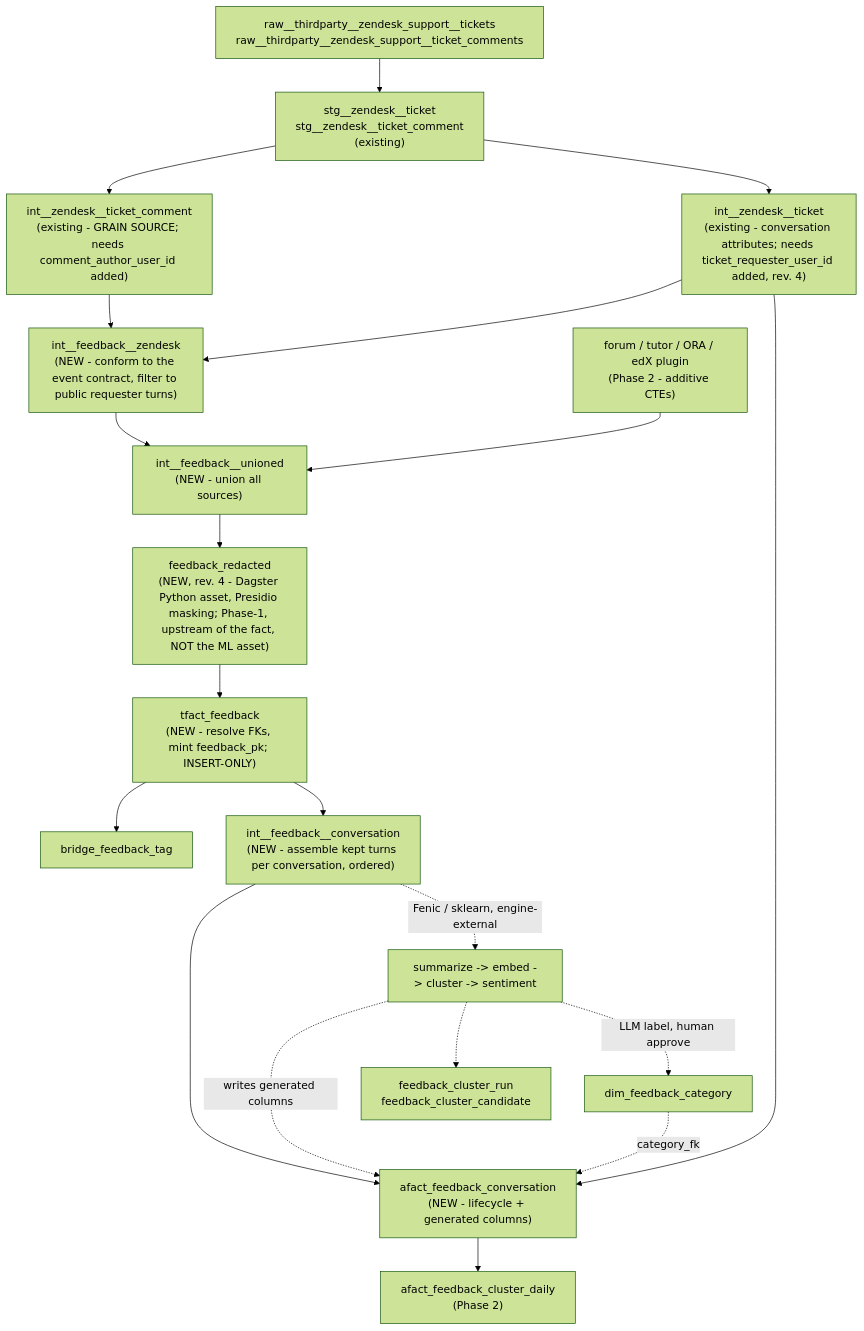
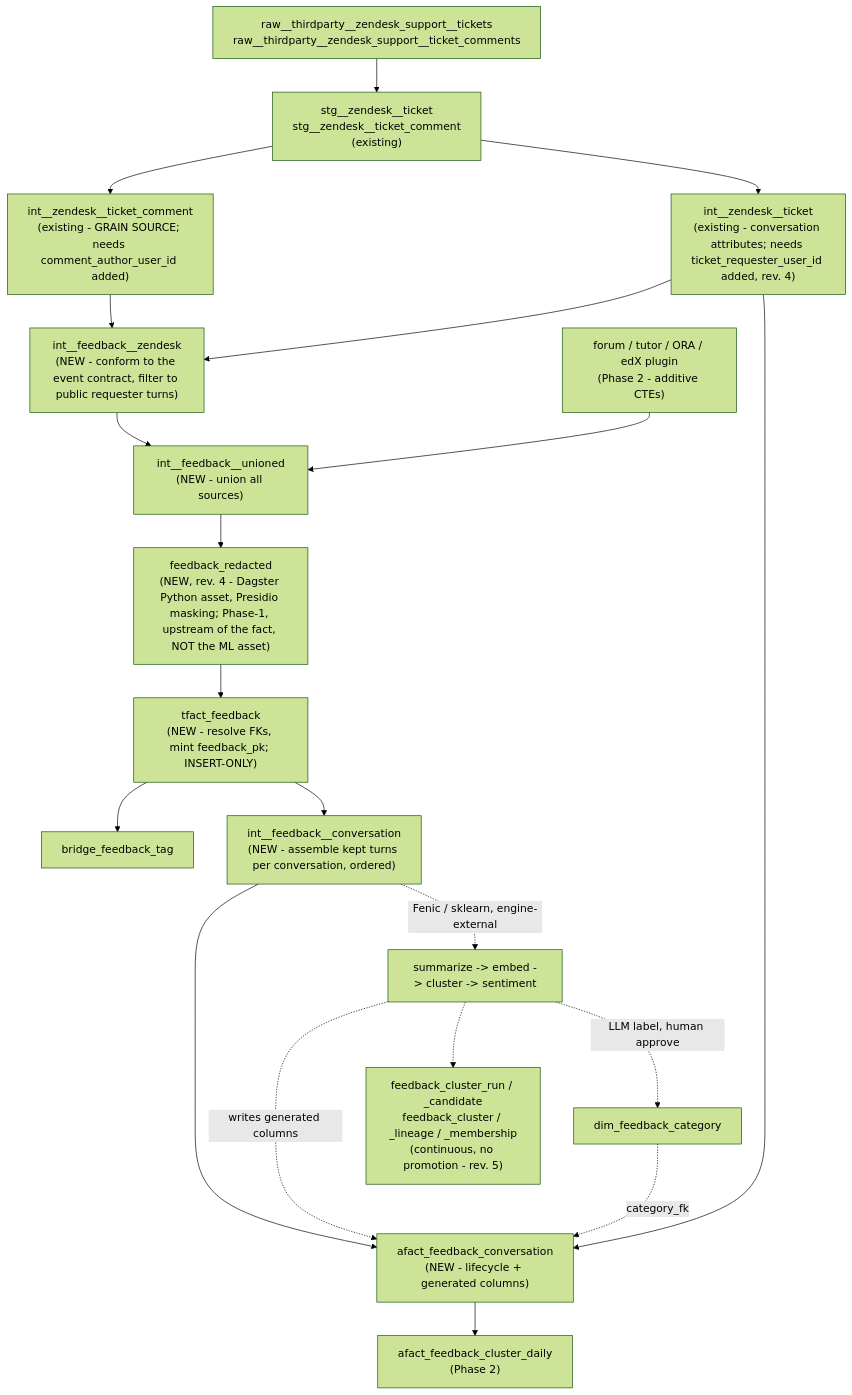
Before and after one commit to mitodl/ol-data-platform: the sixth of 6 diagrams in docs/design/feedback_erd.md, drawn with Mermaid (forest theme). The commit also changed other lines of this file and 5 other files, not shown here.

First line of the commit message:
docs(feedback): make cluster assignment continuous, drop run promotion (#2671)

````diff
--- a/docs/design/feedback_erd.md
+++ b/docs/design/feedback_erd.md
@@ -424,22 +462,22 @@
 ```mermaid
 flowchart TD
     A["raw__thirdparty__zendesk_support__tickets<br/>raw__thirdparty__zendesk_support__ticket_comments"] --> B["stg__zendesk__ticket<br/>stg__zendesk__ticket_comment<br/>(existing)"]
     B --> C["int__zendesk__ticket_comment<br/>(existing - GRAIN SOURCE; needs comment_author_user_id added)"]
     B --> C2["int__zendesk__ticket<br/>(existing - conversation attributes; needs ticket_requester_user_id added, rev. 4)"]
     C --> D["int__feedback__zendesk<br/>(NEW - conform to the event contract, filter to public requester turns)"]
     C2 --> D
     D --> E["int__feedback__unioned<br/>(NEW - union all sources)"]
     E --> R["feedback_redacted<br/>(NEW, rev. 4 - Dagster Python asset, Presidio masking; Phase-1, upstream of the fact, NOT the ML asset)"]
     R --> F["tfact_feedback<br/>(NEW - resolve FKs, mint feedback_pk; INSERT-ONLY)"]
     F --> G["bridge_feedback_tag"]
     F --> M["int__feedback__conversation<br/>(NEW - assemble kept turns per conversation, ordered)"]
     C2 --> H["afact_feedback_conversation<br/>(NEW - lifecycle + generated columns)"]
     M --> H
     M -.->|Fenic / sklearn, engine-external| N["summarize -> embed -> cluster -> sentiment"]
     N -.->|writes generated columns| H
-    N -.-> J["feedback_cluster_run<br/>feedback_cluster_candidate"]
+    N -.-> J["feedback_cluster_run / _candidate<br/>feedback_cluster / _lineage / _membership<br/>(continuous, no promotion - rev. 5)"]
     N -.->|LLM label, human approve| K["dim_feedback_category"]
     K -.->|category_fk| H
     H --> I["afact_feedback_cluster_daily<br/>(Phase 2)"]
     L["forum / tutor / ORA / edX plugin<br/>(Phase 2 - additive CTEs)"] --> E
 ```
````
